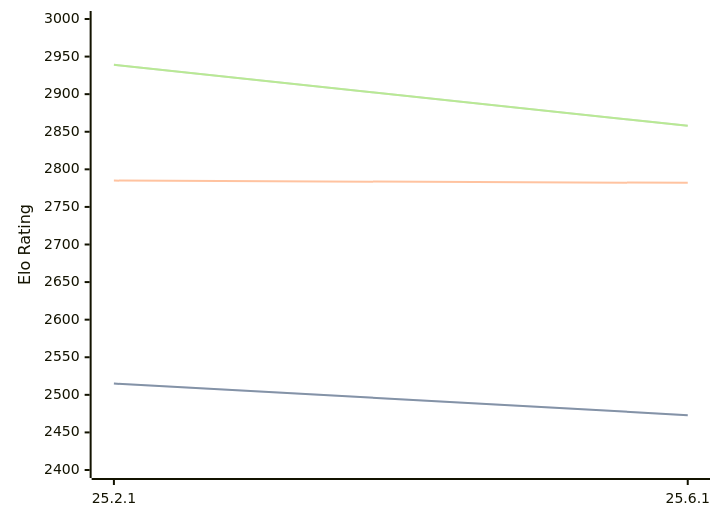
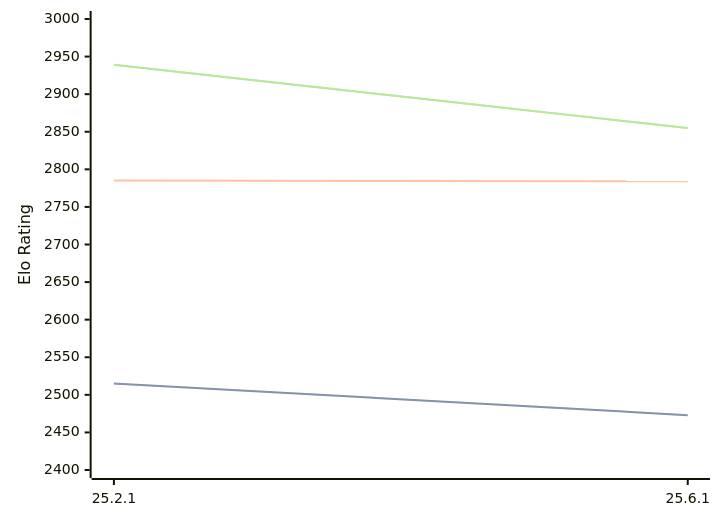
Before and after one commit to computer-chess-index/cci: the diagram in engines/Crafty.md, drawn with Mermaid. The commit also changed other lines of this file, not shown here.

Commit message:
Update CCI Ratings (ELO VLTC) - 2026-09-30

````diff
--- a/engines/Crafty.md
+++ b/engines/Crafty.md
@@ -32,11 +32,11 @@
 ```mermaid
 %%{init: {"theme":"base","themeVariables":{"seriesColors:['#a3a3a3','#222221','#faa371']}}}%%
 xychart-beta
   x-axis ["25.2.1", "25.6.1"]
   y-axis "Elo Rating" 2400 --> 3000
   line "" [2515, 2473]
   line "STC (8.0+0.08s)" [2515, 2473]
-  line "LTC (60.0+0.60s)" [2785, 2782]
-  line "" [2939, 2858]
-  line "VLTC (2m24s+1.12s)" [2939, 2858]
+  line "LTC (60.0+0.60s)" [2785, 2784]
+  line "" [2939, 2855]
+  line "VLTC (2m24s+1.12s)" [2939, 2855]
 ```
````
